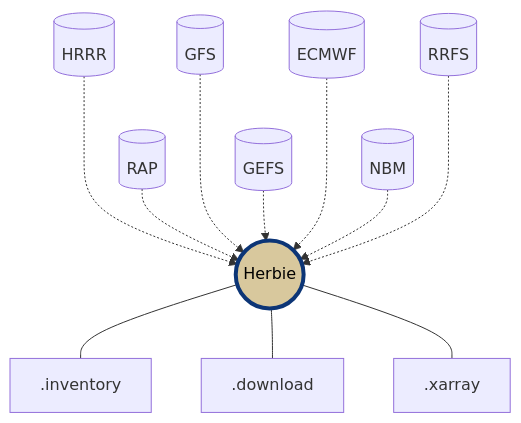
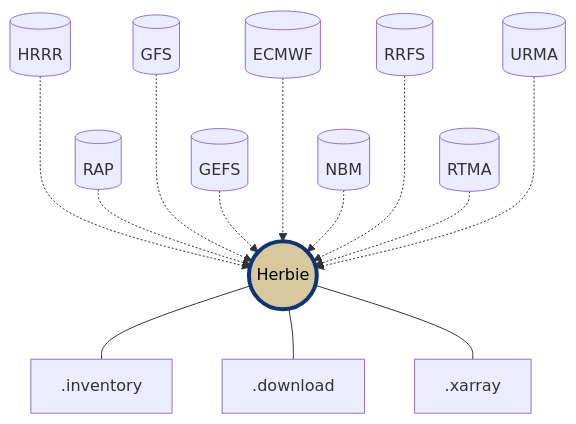
Before and after one commit to blaylockbk/Herbie: the diagram in README.md, drawn with Mermaid.

Commit message:
update diagram

````diff
--- a/README.md
+++ b/README.md
@@ -97,16 +97,18 @@
 ```mermaid
   graph TD;
       d1[(HRRR)] -..-> H
       d2[(RAP)] -.-> H
       d3[(GFS)] -..-> H
       d33[(GEFS)] -.-> H
       d4[(ECMWF)] -..-> H
       d5[(NBM)] -.-> H
       d6[(RRFS)] -..-> H
+      d7[(RTMA)] -.-> H
+      d8[(URMA)] -..-> H
       H((Herbie))
       H --- .inventory
       H --- .download
       H --- .xarray
 
       style H fill:#d8c89d,stroke:#0c3576,stroke-width:4px,color:#000000
 ```
````
